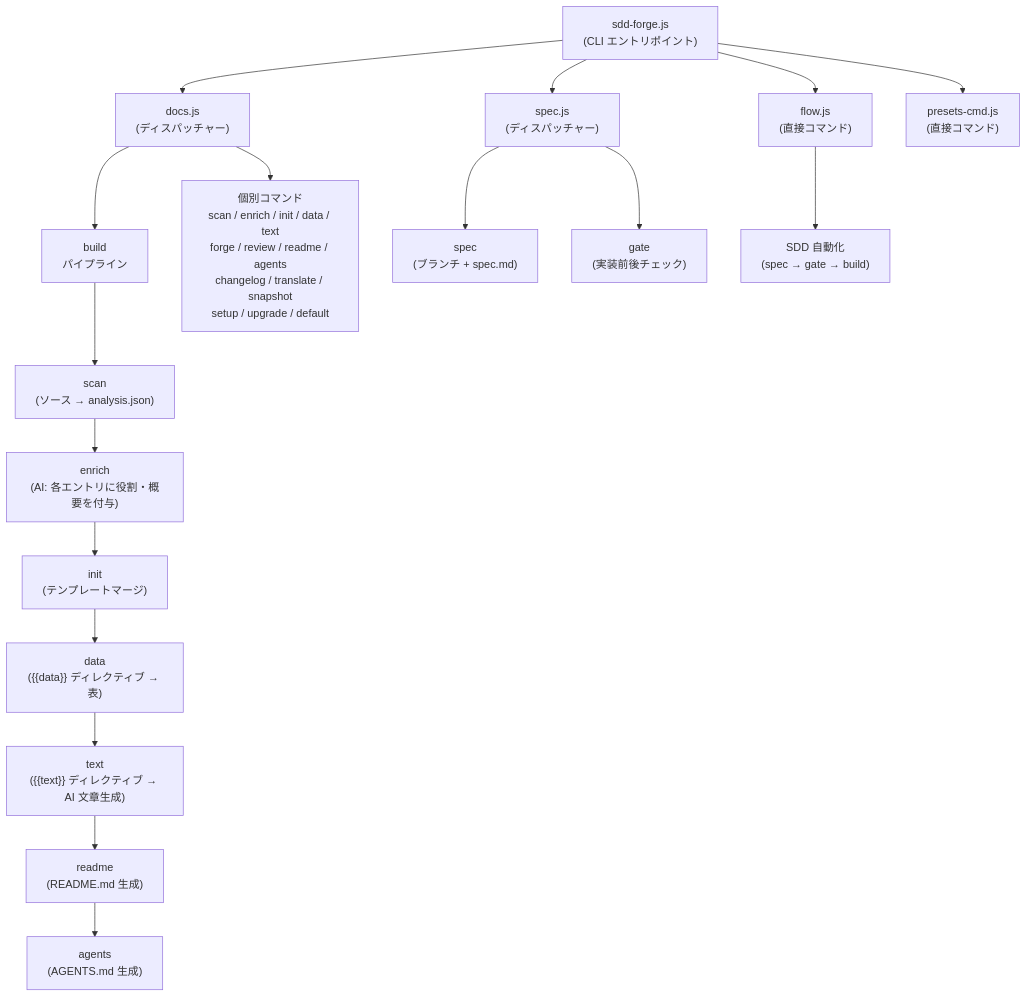
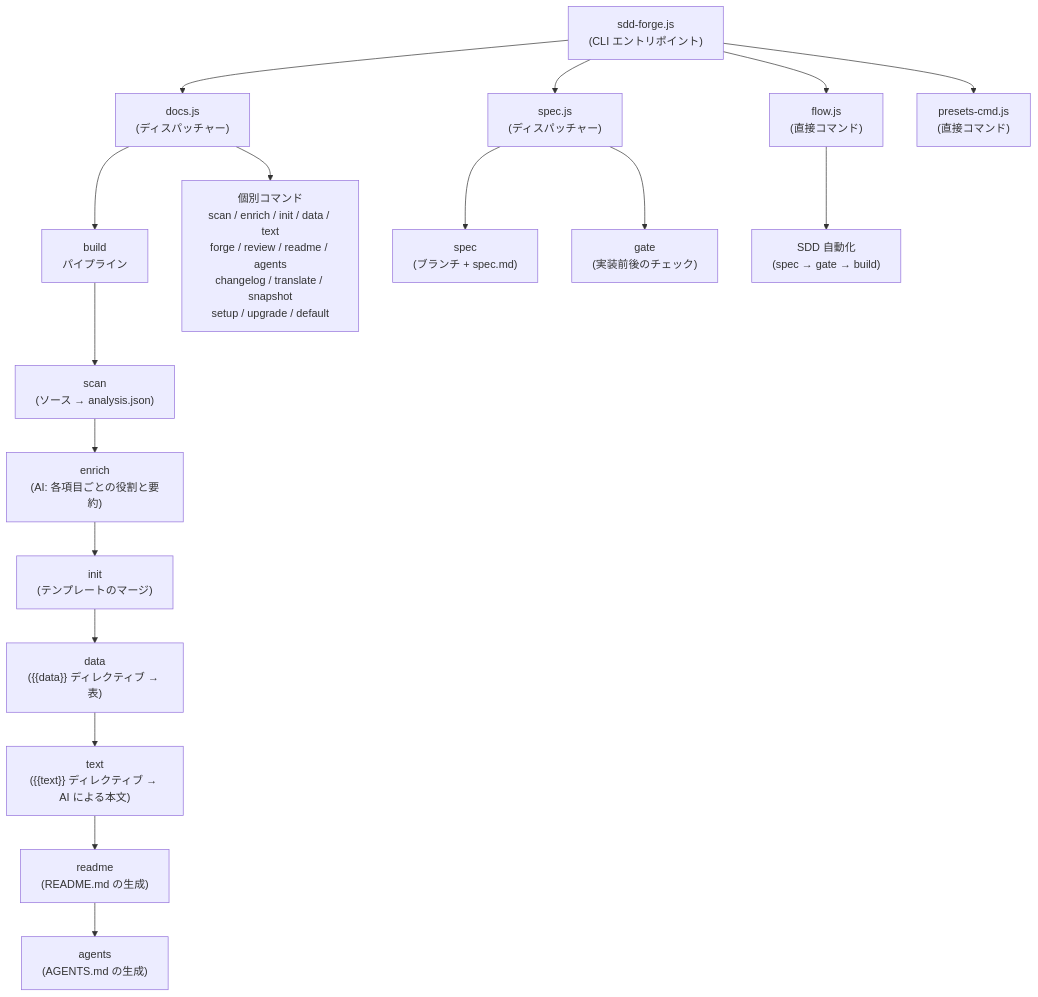
Before and after one commit to SpreadWorks/sdd-forge: the diagram in docs/ja/overview.md, drawn with Mermaid. The commit also changed other lines of this file and 4 other files, not shown here.

````diff
--- a/docs/ja/overview.md
+++ b/docs/ja/overview.md
@@ -29,25 +29,25 @@
 ```mermaid
 flowchart TD
     Entry["sdd-forge.js\n(CLI エントリポイント)"]
 
     Entry --> DocsDispatcher["docs.js\n(ディスパッチャー)"]
     Entry --> SpecDispatcher["spec.js\n(ディスパッチャー)"]
     Entry --> FlowDirect["flow.js\n(直接コマンド)"]
     Entry --> PresetsDirect["presets-cmd.js\n(直接コマンド)"]
 
     DocsDispatcher --> Build["build\nパイプライン"]
     DocsDispatcher --> Individual["個別コマンド\nscan / enrich / init / data / text\nforge / review / readme / agents\nchangelog / translate / snapshot\nsetup / upgrade / default"]
 
     Build --> Scan["scan\n(ソース → analysis.json)"]
-    Scan --> Enrich["enrich\n(AI: 各エントリに役割・概要を付与)"]
-    Enrich --> Init["init\n(テンプレートマージ)"]
+    Scan --> Enrich["enrich\n(AI: 各項目ごとの役割と要約)"]
+    Enrich --> Init["init\n(テンプレートのマージ)"]
     Init --> Data["data\n({{data}} ディレクティブ → 表)"]
-    Data --> Text["text\n({{text}} ディレクティブ → AI 文章生成)"]
-    Text --> Readme["readme\n(README.md 生成)"]
-    Readme --> Agents["agents\n(AGENTS.md 生成)"]
+    Data --> Text["text\n({{text}} ディレクティブ → AI による本文)"]
+    Text --> Readme["readme\n(README.md の生成)"]
+    Readme --> Agents["agents\n(AGENTS.md の生成)"]
 
     SpecDispatcher --> SpecInit["spec\n(ブランチ + spec.md)"]
-    SpecDispatcher --> Gate["gate\n(実装前後チェック)"]
+    SpecDispatcher --> Gate["gate\n(実装前後のチェック)"]
 
     FlowDirect --> SddFlow["SDD 自動化\n(spec → gate → build)"]
 ```
````
